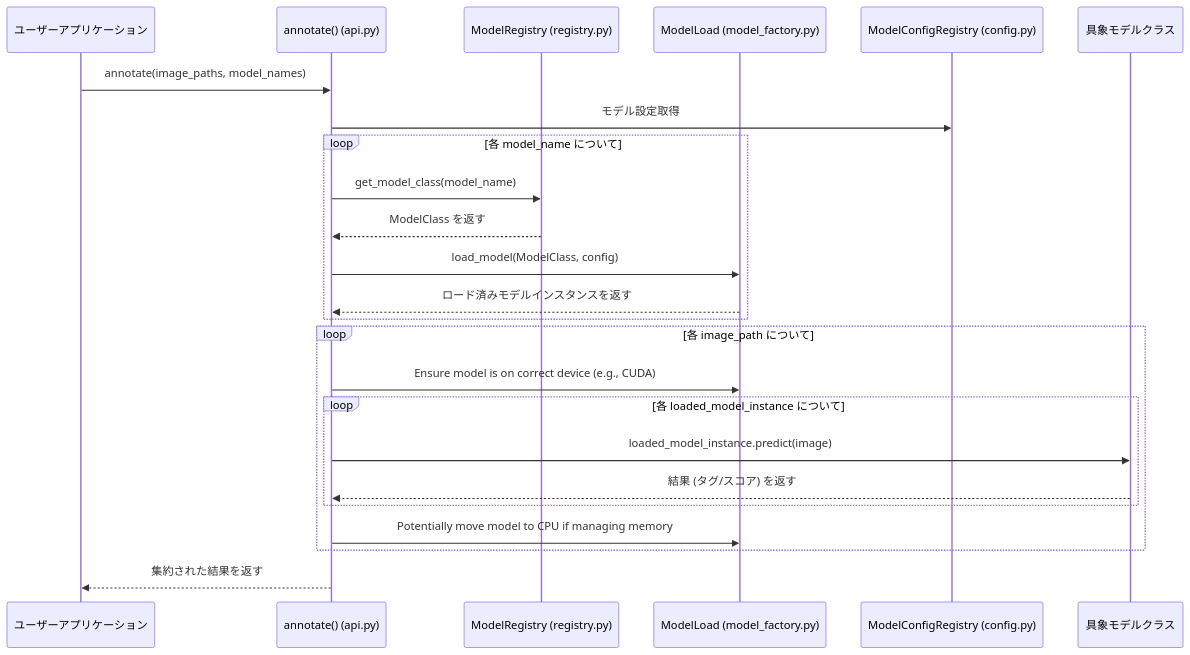
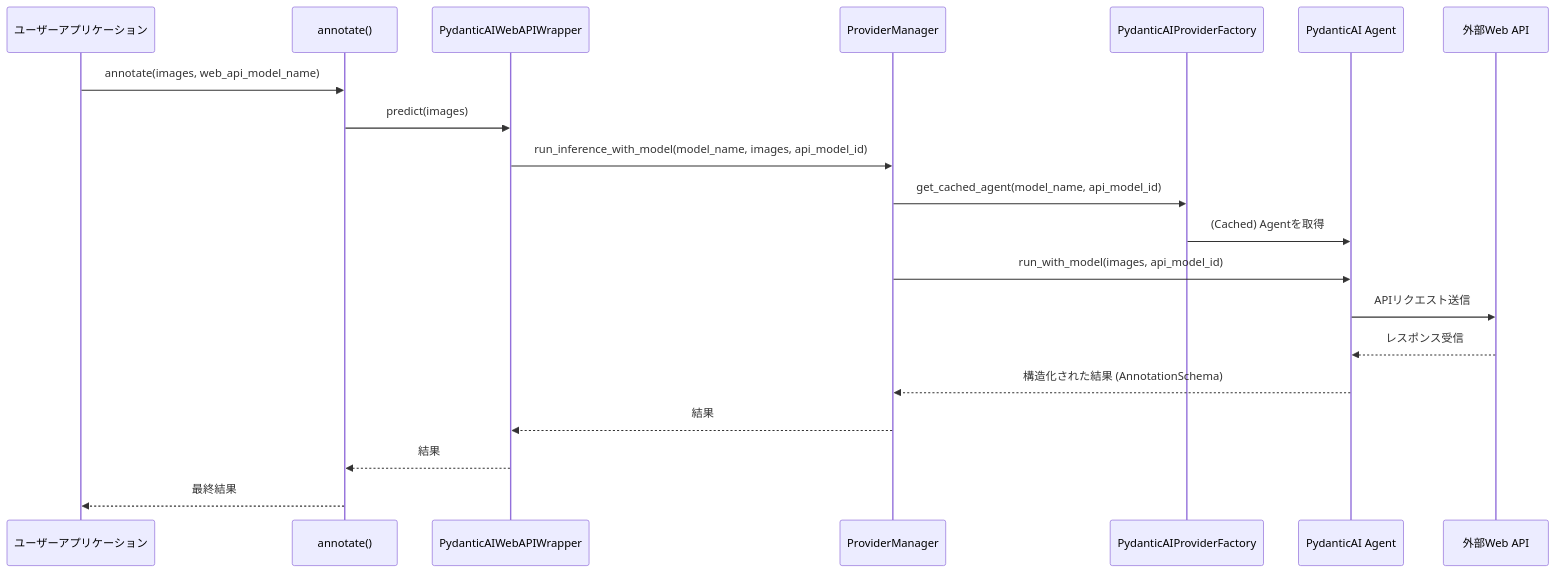
One commit to NEXTAltair/image-annotator-lib changed the second of 3 diagrams in docs/architecture.md. Above: the diagram before and after it, drawn with Mermaid. The commit also changed other lines of this file and 3 other files, not shown here.

First line of the commit message:
docs: Update architecture documentation for Provider-level integration

````diff
--- a/docs/architecture.md
+++ b/docs/architecture.md
@@ -69,27 +75,23 @@
 ```mermaid
 sequenceDiagram
     participant UserApp as ユーザーアプリケーション
-    participant AnnotateAPI as annotate() (api.py)
-    participant ModelRegistry as ModelRegistry (registry.py)
-    participant ModelLoad as ModelLoad (model_factory.py)
-    participant Config as ModelConfigRegistry (config.py)
-    participant ModelClass as 具象モデルクラス
+    participant AnnotateAPI as annotate()
+    participant Wrapper as PydanticAIWebAPIWrapper
+    participant Manager as ProviderManager
+    participant Factory as PydanticAIProviderFactory
+    participant Agent as PydanticAI Agent
+    participant WebAPI as 外部Web API
 
-    UserApp->>AnnotateAPI: annotate(image_paths, model_names)
-    AnnotateAPI->>Config: モデル設定取得
-    loop 各 model_name について
-        AnnotateAPI->>ModelRegistry: get_model_class(model_name)
-        ModelRegistry-->>AnnotateAPI: ModelClass を返す
-        AnnotateAPI->>ModelLoad: load_model(ModelClass, config) # モデルロードと準備を指示 (旧: 静的メソッド経由)
-        ModelLoad-->>AnnotateAPI: ロード済みモデルインスタンスを返す
-    end
-    loop 各 image_path について
-        AnnotateAPI->>ModelLoad: Ensure model is on correct device (e.g., CUDA) # デバイス管理を指示 (旧: 静的メソッド経由)
-        loop 各 loaded_model_instance について
-            AnnotateAPI->>ModelClass: loaded_model_instance.predict(image) # BaseAnnotator の共通 predict
-            ModelClass-->>AnnotateAPI: 結果 (タグ/スコア) を返す
-        end
-        AnnotateAPI->>ModelLoad: Potentially move model to CPU if managing memory # 静的メソッド経由
-    end
-    AnnotateAPI-->>UserApp: 集約された結果を返す
+    UserApp->>AnnotateAPI: annotate(images, web_api_model_name)
+    AnnotateAPI->>Wrapper: predict(images)
+    Wrapper->>Manager: run_inference_with_model(model_name, images, api_model_id)
+    Manager->>Factory: get_cached_agent(model_name, api_model_id)
+    Factory->>Agent: (Cached) Agentを取得
+    Manager->>Agent: run_with_model(images, api_model_id)
+    Agent->>WebAPI: APIリクエスト送信
+    WebAPI-->>Agent: レスポンス受信
+    Agent-->>Manager: 構造化された結果 (AnnotationSchema)
+    Manager-->>Wrapper: 結果
+    Wrapper-->>AnnotateAPI: 結果
+    AnnotateAPI-->>UserApp: 最終結果
 ```
````
